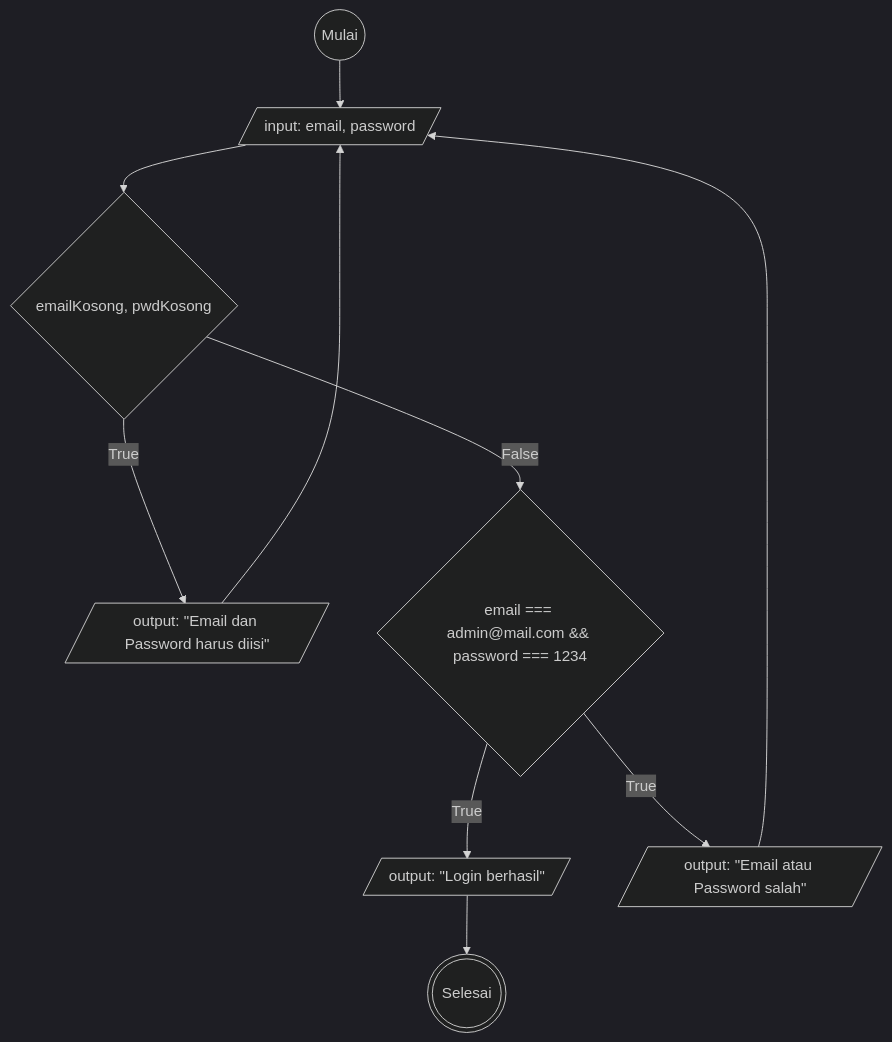
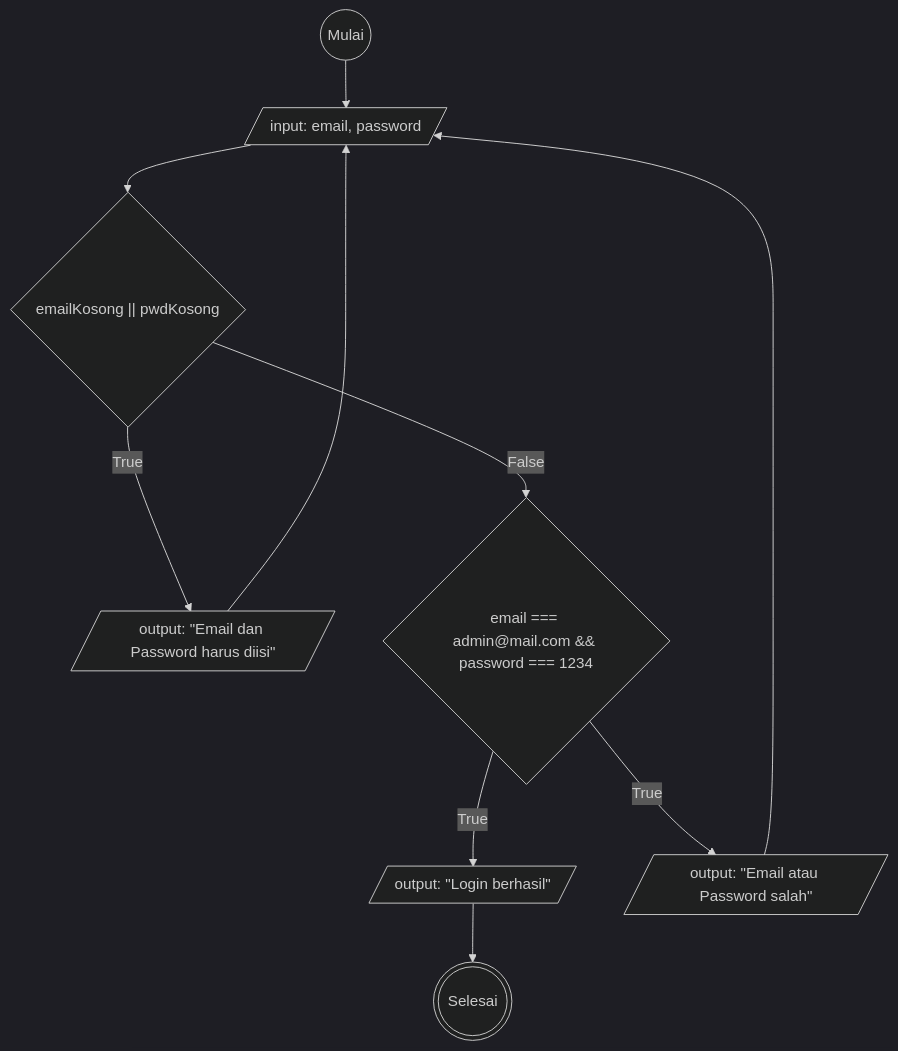
The diagram in flowchart-email-password.md (Arif14377/koda-b6-algoritma), drawn with Mermaid (dark theme) before and after one commit.

````diff
--- a/flowchart-email-password.md
+++ b/flowchart-email-password.md
@@ -1,21 +1,21 @@
 ```mermaid
 flowchart TD
 start@{shape: circle, label: "Mulai"}
 input@{ shape: lean-r, label: "input: email, password"}
-decisionIsi@{ shape: diamond, label: "emailKosong, pwdKosong" }
+decisionIsi@{ shape: diamond, label: "emailKosong || pwdKosong" }
 outputKosong@{ shape: lean-r, label: 'output: "Email dan Password harus diisi"'}
 decisionLogin@{ shape: diamond, label: "email === admin@mail.com && password === 1234" }
 outputBerhasil@{ shape: lean-r, label: 'output: "Login berhasil"'}
 outputGagal@{ shape: lean-r, label: 'output: "Email atau Password salah"'}
 stop@{shape: dbl-circ, label: "Selesai"}
 
 start-->input
 input-->decisionIsi
 decisionIsi--True-->outputKosong
 outputKosong-->input
 decisionIsi--False-->decisionLogin
 decisionLogin--True-->outputBerhasil
 decisionLogin--True-->outputGagal
 outputGagal-->input
 outputBerhasil-->stop
 ```
````
